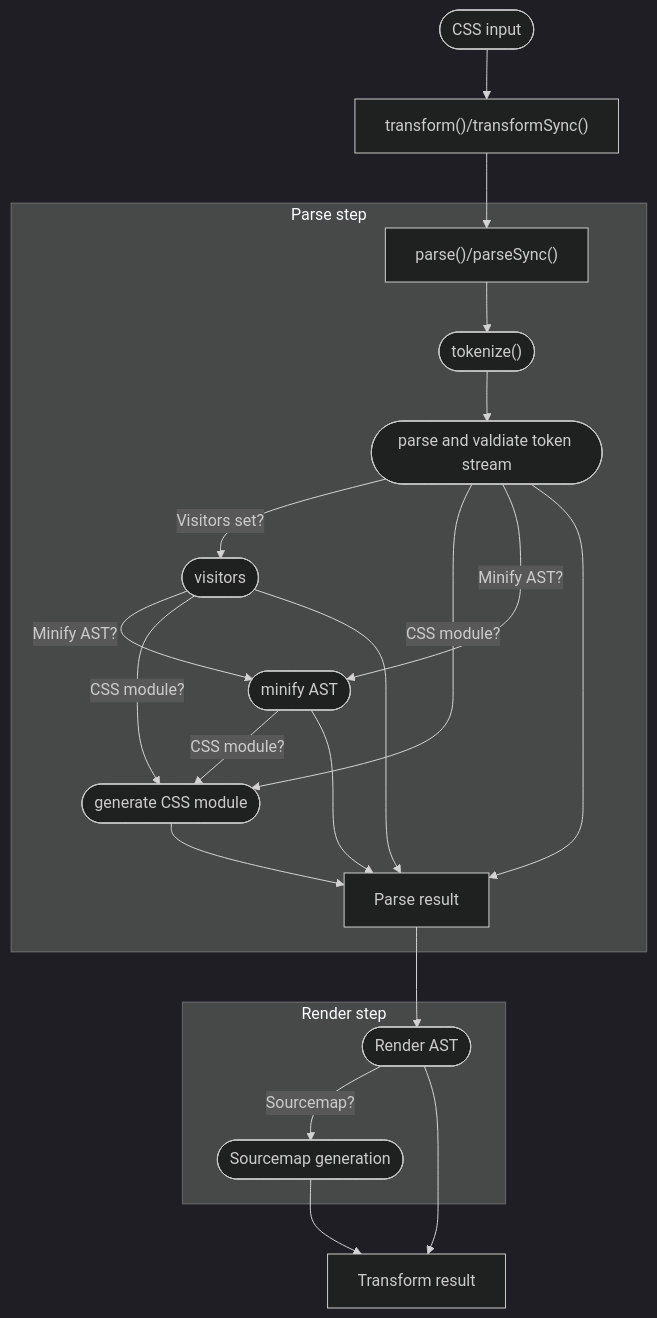
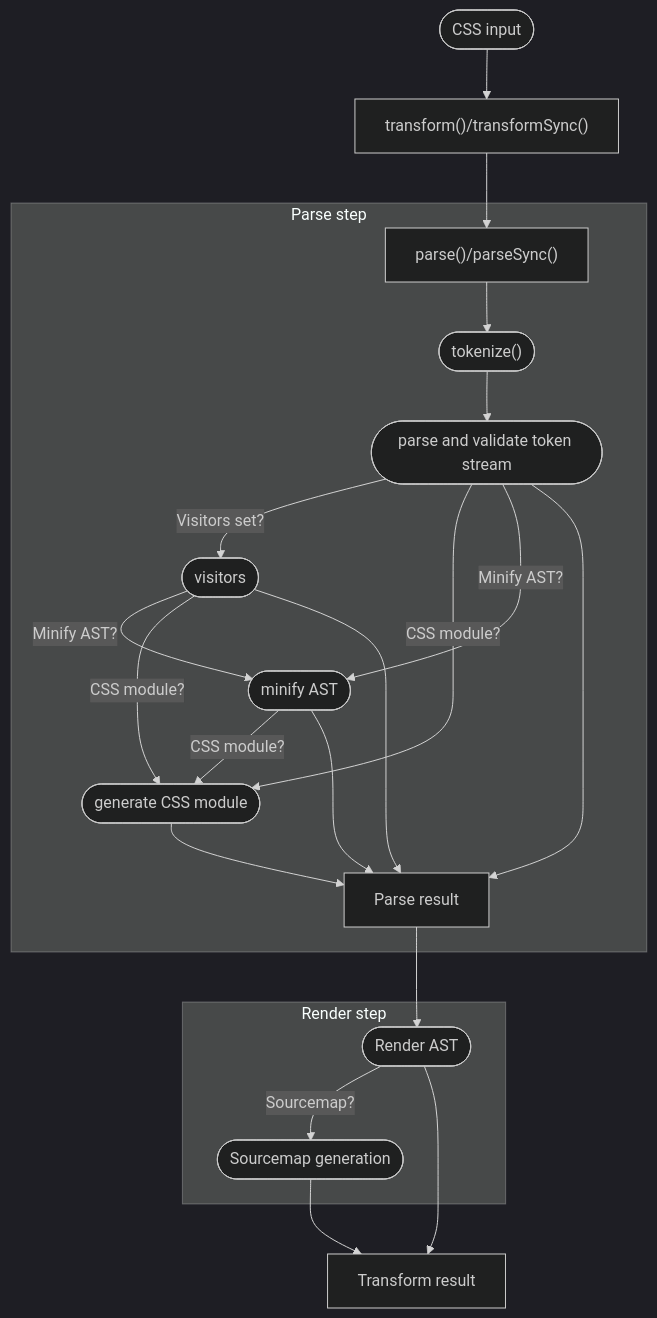
One commit to tbela99/css-parser changed the diagram in files/architecture.md. Above: the diagram before and after it, drawn with Mermaid (dark theme).

Commit message:
adding architecture graph

````diff
--- a/files/architecture.md
+++ b/files/architecture.md
@@ -9,54 +9,54 @@
 ```mermaid
 flowchart TD
     %% --- Transform ---
     Input(["CSS input"])
     transform["transform()/transformSync()"]
 
 
     %% The Grouped Container
     subgraph Group1 ["Parse step"]
 
         %% --- Parse step ---
         parse["parse()/parseSync()"]
         tokenize(["tokenize()"])
-        parseNode(["parse and valdiate token stream"])
+        parseNode(["parse and validate token stream"])
         visitors(["visitors"])
         minify(["minify AST"])
         cssModules(["generate CSS module"])
         parseResult["Parse result"]
     end
 
     %% The Grouped Container
     subgraph Group2 ["Render step"]
 
         %% --- Render step ---
         renderAst(["Render AST"])
         sourcemap([Sourcemap generation])
 
     end
 
 
     %% --- Result step ---
     transformResult["Transform result"]
 
     %% --- Routing step ---
     Input --> transform
     transform --> parse
     parse --> tokenize
     tokenize --> parseNode
     parseNode -- "Visitors set?"  --> visitors
     visitors -- "Minify AST?"  --> minify
     minify -- "CSS module?"  --> cssModules
     visitors -- "CSS module?"  --> cssModules
     cssModules --> parseResult
     parseNode -- "CSS module?" --> cssModules
     parseNode -- "Minify AST?"  --> minify
     parseNode --> parseResult
     visitors --> parseResult
     minify --> parseResult
     parseResult --> renderAst
     renderAst -- "Sourcemap?" --> sourcemap
     renderAst --> transformResult
     sourcemap --> transformResult
 
 ```
````
